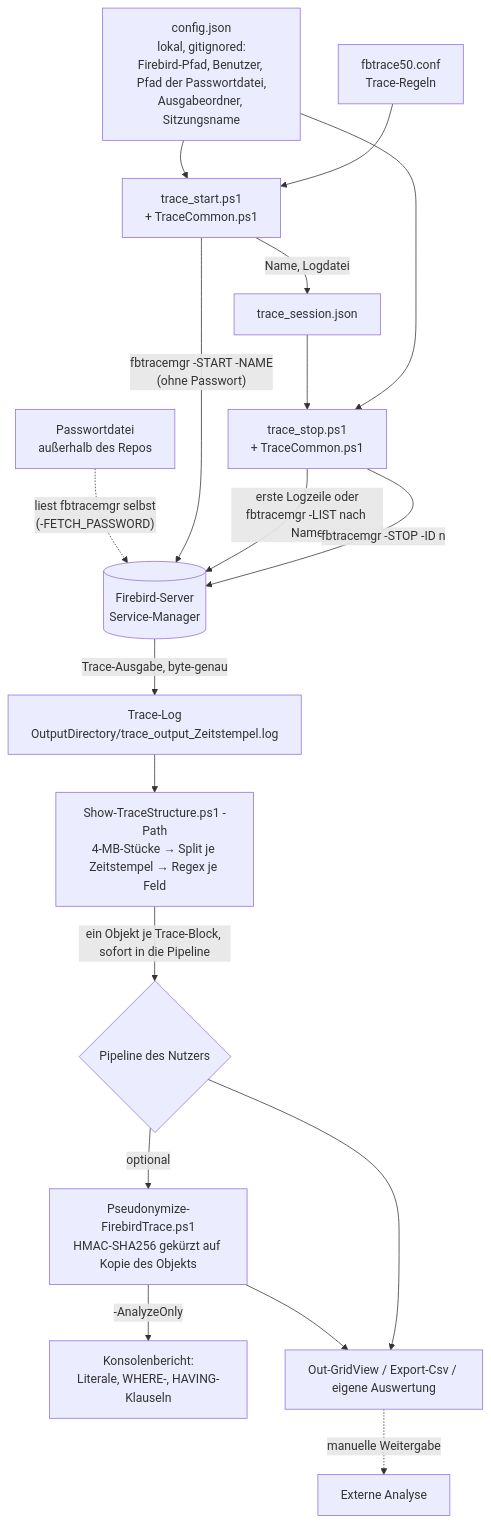
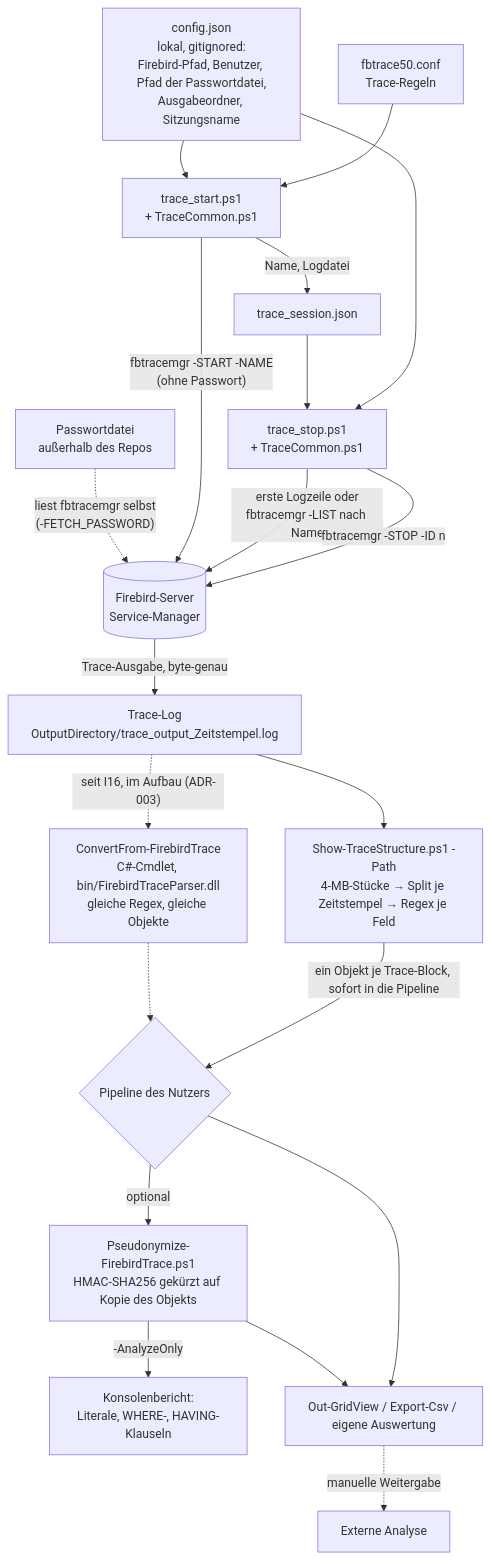
The diagram in docs/architecture/OVERVIEW.md (gitnol/PSFirebirdTraceParser), drawn with Mermaid before and after one commit. The commit also changed other lines of this file and 10 other files, not shown here.

Commit message:
docs(I16): C#-Parser-Geruest dokumentiert (ADR-003 mit Korrektur Prioritaet PowerShell 7, Abhaengigkeiten, Build)

````diff
--- a/docs/architecture/OVERVIEW.md
+++ b/docs/architecture/OVERVIEW.md
@@ -45,20 +45,22 @@
 ```mermaid
 flowchart TD
     CFG[config.json<br/>lokal, gitignored:<br/>Firebird-Pfad, Benutzer, Pfad der Passwortdatei,<br/>Ausgabeordner, Sitzungsname] --> START
     PW[Passwortdatei<br/>außerhalb des Repos] -.->|"liest fbtracemgr selbst<br/>(-FETCH_PASSWORD)"| FB
     TCONF[fbtrace50.conf<br/>Trace-Regeln] --> START
     START[trace_start.ps1<br/>+ TraceCommon.ps1] -->|"fbtracemgr -START -NAME<br/>(ohne Passwort)"| FB[(Firebird-Server<br/>Service-Manager)]
     START -->|Name, Logdatei| STATE[trace_session.json]
     FB -->|Trace-Ausgabe, byte-genau| LOG[Trace-Log<br/>OutputDirectory/trace_output_Zeitstempel.log]
     STATE --> STOP[trace_stop.ps1<br/>+ TraceCommon.ps1]
     STOP -->|"erste Logzeile oder<br/>fbtracemgr -LIST nach Name"| FB
     STOP -->|"fbtracemgr -STOP -ID n"| FB
     CFG --> STOP
     LOG --> PARSE[Show-TraceStructure.ps1 -Path<br/>4-MB-Stücke → Split je Zeitstempel → Regex je Feld]
+    LOG -.->|"seit I16, im Aufbau (ADR-003)"| CS[ConvertFrom-FirebirdTrace<br/>C#-Cmdlet, bin/FirebirdTraceParser.dll<br/>gleiche Regex, gleiche Objekte]
+    CS -.-> PIPE
     PARSE -->|"ein Objekt je Trace-Block, sofort in die Pipeline"| PIPE{Pipeline des Nutzers}
     PIPE -->|optional| PSEUDO[Pseudonymize-FirebirdTrace.ps1<br/>HMAC-SHA256 gekürzt auf Kopie des Objekts]
     PSEUDO -->|-AnalyzeOnly| REPORT[Konsolenbericht:<br/>Literale, WHERE-, HAVING-Klauseln]
     PSEUDO --> OUT
     PIPE --> OUT[Out-GridView / Export-Csv / eigene Auswertung]
     OUT -.->|manuelle Weitergabe| EXT[Externe Analyse]
 ```
````
